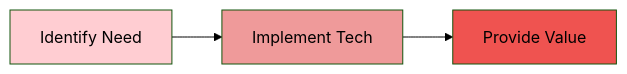
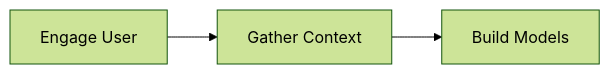
The diagram in pages/philosophy.md (aCoodleDoo/py-intro), drawn with Mermaid (forest theme) before and after one commit. The commit also changed other lines of this file and 9 other files, not shown here.

````diff
--- a/pages/philosophy.md
+++ b/pages/philosophy.md
@@ -5,9 +18,6 @@
 ```mermaid
 flowchart LR
-A[Identify Need] --> B[Implement Tech]
-B --> C[Provide Value]
+A[Engage User] --> B[Gather Context]
+B --> C[Build Models]
 
-style A fill:#ffcdd2
-style B fill:#ef9a9a
-style C fill:#ef5350
 ```
````
